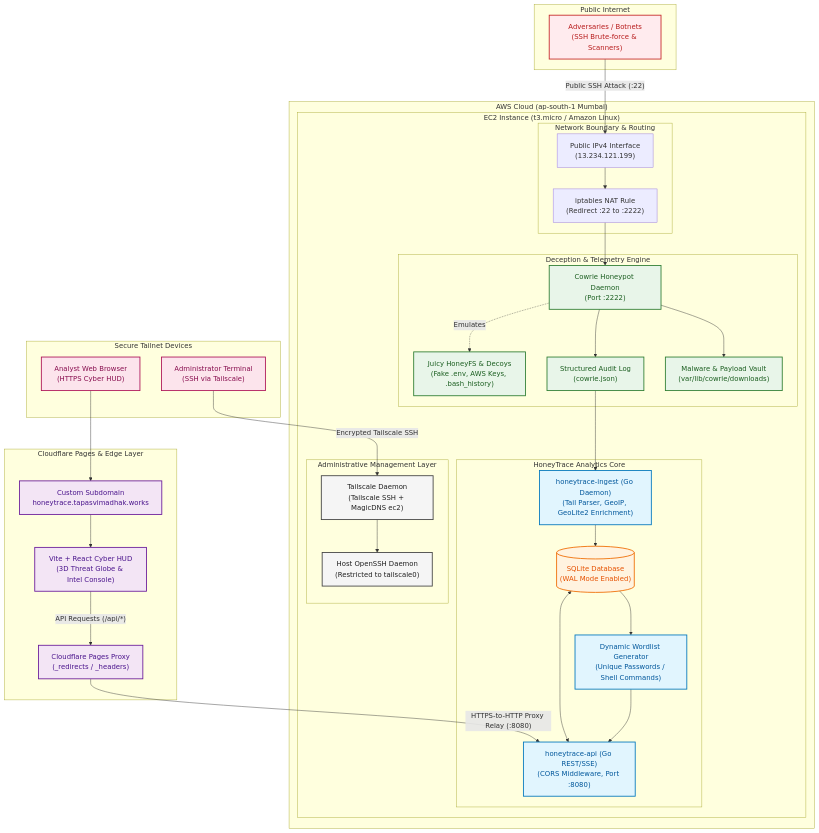
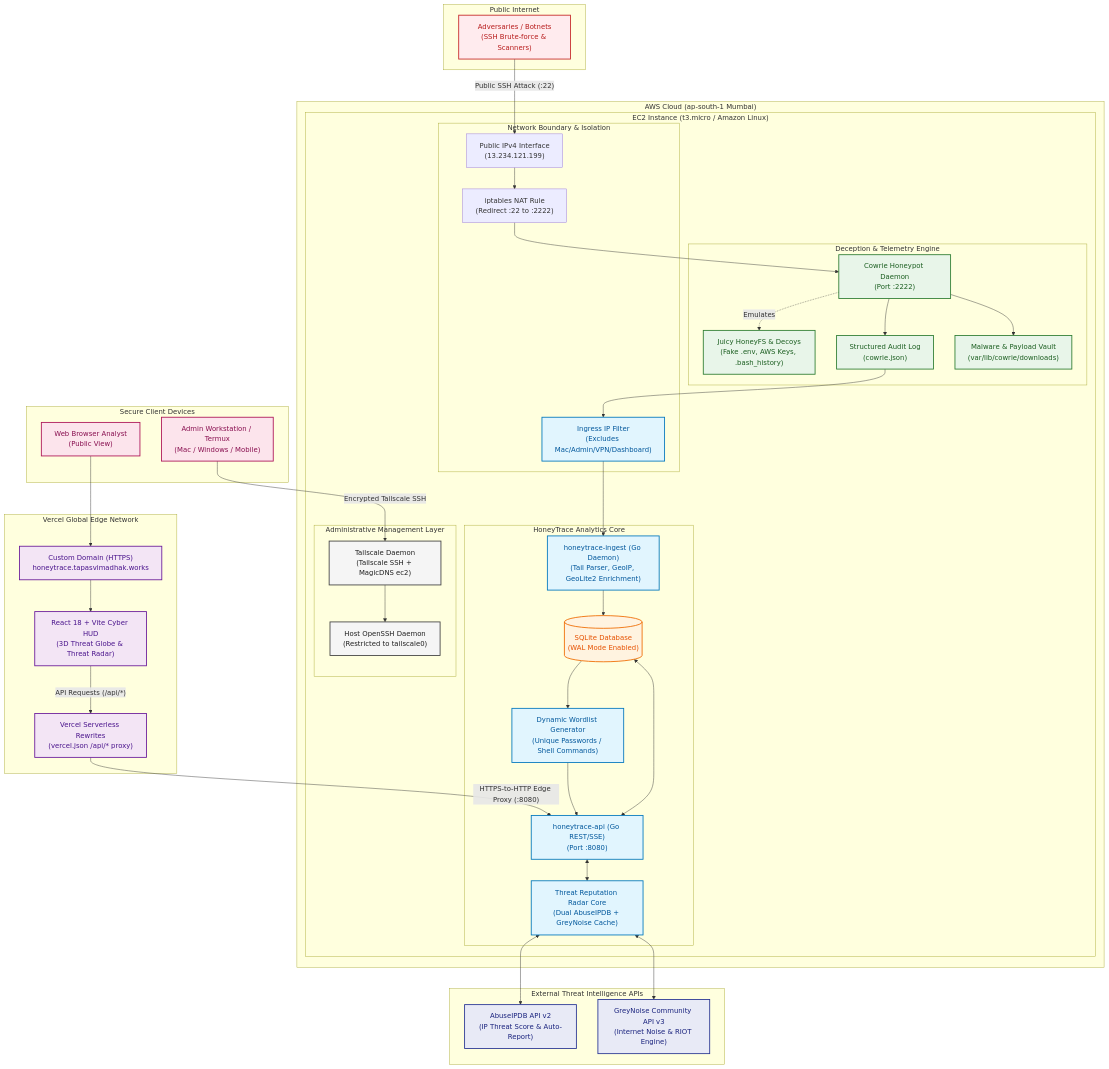
The diagram in README.md (TapasviMadhak/HoneyTrace), drawn with Mermaid before and after one commit. The commit also changed other lines of this file and 12 other files, not shown here.

First line of the commit message:
feat(security): strict ingress filtering of private/dashboard IPs, auto-scroll Deep Inspect, and Vercel architecture update

```diff
--- a/README.md
+++ b/README.md
@@ -13,16 +14,21 @@
  subgraph WAN["Public Internet"]
         A["Adversaries / Botnets<br>(SSH Brute-force &amp; Scanners)"]
   end
- subgraph CF_PAGES["Cloudflare Pages &amp; Edge Layer"]
-        DNS["Custom Subdomain<br>honeytrace.tapasvimadhak.works"]
-        SPA["Vite + React Cyber HUD<br>(3D Threat Globe &amp; Intel Console)"]
-        PROXY["Cloudflare Pages Proxy<br>(_redirects / _headers)"]
+ subgraph VERCEL_EDGE["Vercel Global Edge Network"]
+        DNS["Custom Domain (HTTPS)<br>honeytrace.tapasvimadhak.works"]
+        SPA["React 18 + Vite Cyber HUD<br>(3D Threat Globe &amp; Threat Radar)"]
+        PROXY["Vercel Serverless Rewrites<br>(vercel.json /api/* proxy)"]
   end
- subgraph INGRESS["Network Boundary &amp; Routing"]
+ subgraph THREAT_INTEL["External Threat Intelligence APIs"]
+        ABUSE["AbuseIPDB API v2<br>(IP Threat Score &amp; Auto-Report)"]
+        GREYNOISE["GreyNoise Community API v3<br>(Internet Noise &amp; RIOT Engine)"]
+  end
+ subgraph INGRESS["Network Boundary &amp; Isolation"]
         PUB_IP["Public IPv4 Interface<br>(13.234.121.199)"]
         IPTABLES["iptables NAT Rule<br>(Redirect :22 to :2222)"]
+        FILTER["Ingress IP Filter<br>(Excludes Mac/Admin/VPN/Dashboard)"]
   end
- subgraph HONEYPOT_ENV["Deception & Telemetry Engine"]
+ subgraph HONEYPOT_ENV["Deception &amp; Telemetry Engine"]
         COWRIE["Cowrie Honeypot Daemon<br>(Port :2222)"]
         HONEYFS["Juicy HoneyFS &amp; Decoys<br>(Fake .env, AWS Keys, .bash_history)"]
         JSONLOG["Structured Audit Log<br>(cowrie.json)"]
@@ -31,7 +37,8 @@
  subgraph BACKEND_STACK["HoneyTrace Analytics Core"]
         INGEST["honeytrace-ingest (Go Daemon)<br>(Tail Parser, GeoIP, GeoLite2 Enrichment)"]
         SQLITE[("SQLite Database<br>(WAL Mode Enabled)")]
-        API["honeytrace-api (Go REST/SSE)<br>(CORS Middleware, Port :8080)"]
+        API["honeytrace-api (Go REST/SSE)<br>(Port :8080)"]
+        RADAR["Threat Reputation Radar Core<br>(Dual AbuseIPDB + GreyNoise Cache)"]
         WORDLIST["Dynamic Wordlist Generator<br>(Unique Passwords / Shell Commands)"]
   end
  subgraph SECURE_MGMT["Administrative Management Layer"]
@@ -47,46 +54,53 @@
  subgraph AWS["AWS Cloud (ap-south-1 Mumbai)"]
         EC2
   end
- subgraph ADMIN_CLIENTS["Secure Tailnet Devices"]
-        BROWSER["Analyst Web Browser<br>(HTTPS Cyber HUD)"]
-        ADMIN_LAPTOP["Administrator Terminal<br>(SSH via Tailscale)"]
+ subgraph ADMIN_CLIENTS["Secure Client Devices"]
+        ADMIN["Admin Workstation / Termux<br>(Mac / Windows / Mobile)"]
+        BROWSER["Web Browser Analyst<br>(Public View)"]
   end
-    A -->|"Public SSH Attack (:22)"| PUB_IP
+    DNS --> SPA
+    SPA -- API Requests (/api/*) --> PROXY
     PUB_IP --> IPTABLES
     IPTABLES --> COWRIE
-    COWRIE -.->|"Emulates"| HONEYFS
-    COWRIE --> JSONLOG
-    COWRIE --> DOWNLOADS
-    JSONLOG --> INGEST
+    COWRIE -. Emulates .-> HONEYFS
+    COWRIE --> JSONLOG & DOWNLOADS
+    JSONLOG --> FILTER
+    FILTER --> INGEST
     INGEST --> SQLITE
     SQLITE <--> API
+    API <--> RADAR
+    RADAR <--> ABUSE & GREYNOISE
     SQLITE --> WORDLIST
     WORDLIST --> API
+    TS_DAEMON --> REAL_SSHD
+    A -- Public SSH Attack (:22) --> PUB_IP
+    PROXY -- "HTTPS-to-HTTP Edge Proxy (:8080)" --> API
     BROWSER --> DNS
-    DNS --> SPA
-    SPA -->|"API Requests (/api/*)"| PROXY
-    PROXY -->|"HTTPS-to-HTTP Proxy Relay (:8080)"| API
-    ADMIN_LAPTOP -->|"Encrypted Tailscale SSH"| TS_DAEMON
-    TS_DAEMON --> REAL_SSHD
+    ADMIN -- Encrypted Tailscale SSH --> TS_DAEMON
 
      A:::attacker
      DNS:::edge
      SPA:::edge
      PROXY:::edge
+     ABUSE:::intel
+     GREYNOISE:::intel
      COWRIE:::host
      HONEYFS:::host
      JSONLOG:::host
      DOWNLOADS:::host
+     FILTER:::core
      INGEST:::core
      SQLITE:::db
      API:::core
+     RADAR:::core
      WORDLIST:::core
      TS_DAEMON:::vpn
      REAL_SSHD:::vpn
+     ADMIN:::client
      BROWSER:::client
-     ADMIN_LAPTOP:::client
     classDef attacker fill:#ffebee,stroke:#c62828,stroke-width:2px,color:#b71c1c
     classDef edge fill:#f3e5f5,stroke:#6a1b9a,stroke-width:2px,color:#4a148c
+    classDef intel fill:#e8eaf6,stroke:#283593,stroke-width:2px,color:#1a237e
     classDef host fill:#e8f5e9,stroke:#2e7d32,stroke-width:2px,color:#1b5e20
     classDef core fill:#e1f5fe,stroke:#0277bd,stroke-width:2px,color:#01579b
     classDef db fill:#fff3e0,stroke:#ef6c00,stroke-width:2px,color:#e65100
```
